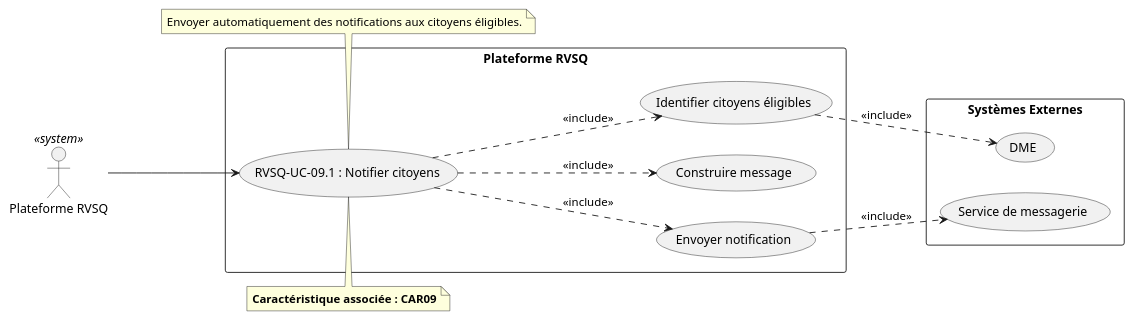
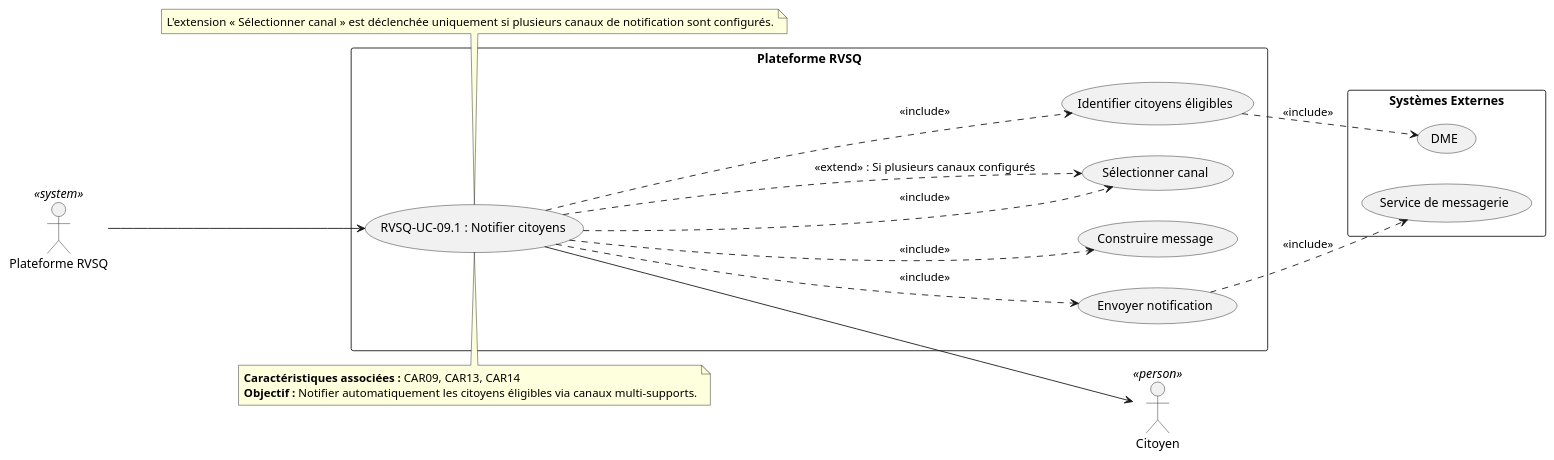
Before and after one commit to serghino/use-cases-RVSQ: the diagram in RVSQ-UC-09_1_Notifier_Citoyens.puml, drawn with PlantUML. The commit also changed 23 other files, not shown here.

Commit message:
fix(B04,B06,B09): fix .md structure and add excludes when applicable to the diagrams

```diff
--- a/RVSQ-UC-09_1_Notifier_Citoyens.puml
+++ b/RVSQ-UC-09_1_Notifier_Citoyens.puml
@@ -1,33 +1,46 @@
 @startuml RVSQ-UC-09_1_Notifier_Citoyens
 left to right direction
 
+' --- Acteur principal
 actor "Plateforme RVSQ" as RVSQActor <<system>>
 
 rectangle "Plateforme RVSQ" {
   usecase "RVSQ-UC-09.1 : Notifier citoyens" as UC091
   usecase "Identifier citoyens éligibles" as UC091_A
   usecase "Construire message" as UC091_B
-  usecase "Envoyer notification" as UC091_C
+  usecase "Sélectionner canal" as UC091_C
+  usecase "Envoyer notification" as UC091_D
 }
 
+' --- Systèmes externes
 rectangle "Systèmes Externes" {
   usecase "DME" as DME
   usecase "Service de messagerie" as MSG
 }
 
+' --- Acteur humain
+actor "Citoyen" as Citoyen <<person>>
+
+' --- Relations
 RVSQActor --> UC091
 UC091 ..> UC091_A : <<include>>
 UC091 ..> UC091_B : <<include>>
 UC091 ..> UC091_C : <<include>>
+UC091 ..> UC091_D : <<include>>
 
 UC091_A ..> DME : <<include>>
-UC091_C ..> MSG : <<include>>
+UC091_D ..> MSG : <<include>>
+UC091 --> Citoyen
+
+' --- Extension optionnelle (choix du canal)
+UC091 ..> UC091_C : <<extend>> : Si plusieurs canaux configurés
 
 note top of UC091
-  **Caractéristique associée : CAR09**
+  **Caractéristiques associées :** CAR09, CAR13, CAR14
+  **Objectif :** Notifier automatiquement les citoyens éligibles via canaux multi-supports.
 end note
 
 note bottom of UC091
-  Envoyer automatiquement des notifications aux citoyens éligibles.
+  L'extension « Sélectionner canal » est déclenchée uniquement si plusieurs canaux de notification sont configurés.
 end note
 @enduml
```
